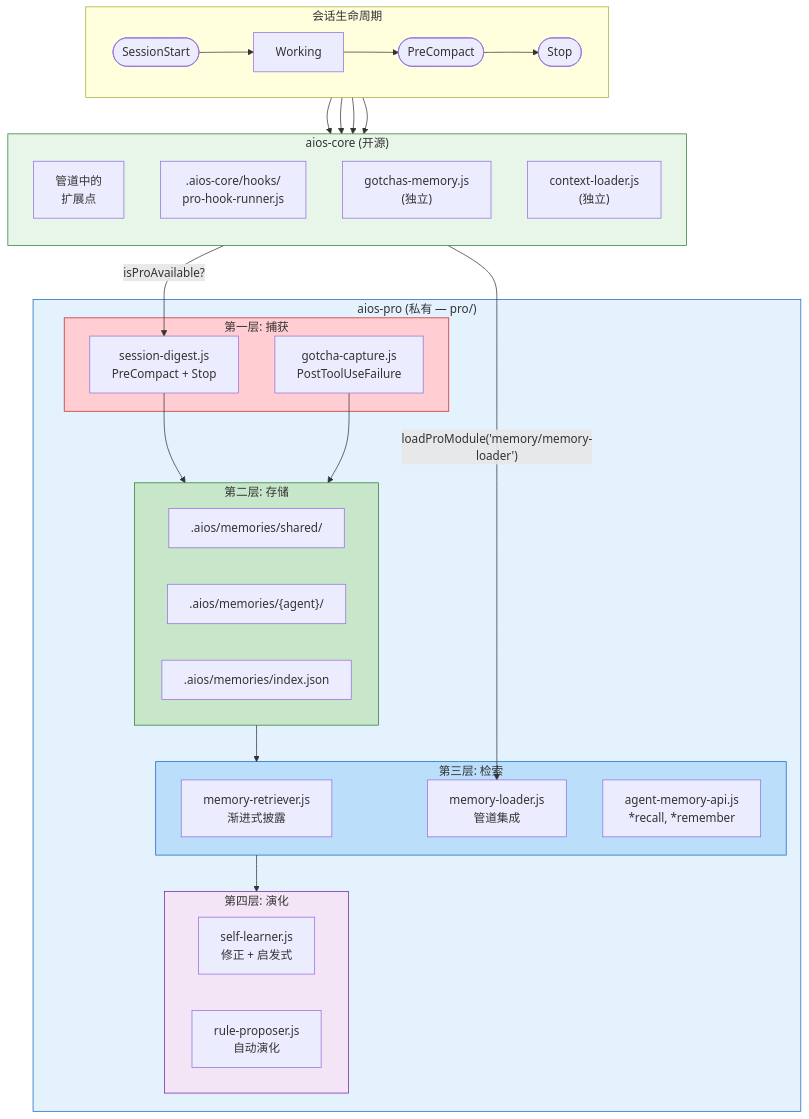
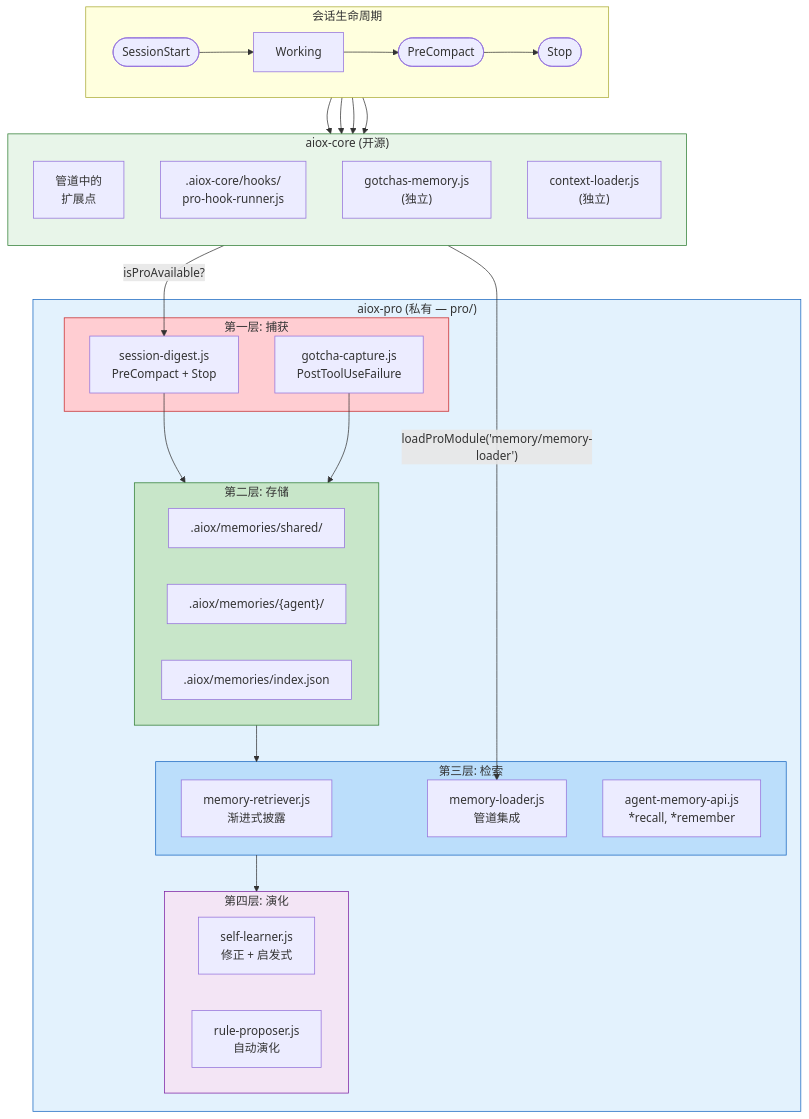
Before and after one commit to brunajunckes/aiox-core: the second of 11 diagrams in docs/zh/guides/MEMORY-INTELLIGENCE-SYSTEM.md, drawn with Mermaid. The commit also changed other lines of this file and 3396 other files, not shown here.

First line of the commit message:
chore: rebrand aios → aiox across entire codebase (#552)

````diff
--- a/docs/zh/guides/MEMORY-INTELLIGENCE-SYSTEM.md
+++ b/docs/zh/guides/MEMORY-INTELLIGENCE-SYSTEM.md
@@ -298,59 +298,59 @@
 ```mermaid
 flowchart TB
     subgraph SESSION["会话生命周期"]
         direction LR
         SS([SessionStart]) --> WORK[Working] --> PC([PreCompact]) --> STOP([Stop])
     end
 
-    subgraph CORE_BOUNDARY["aios-core (开源)"]
+    subgraph CORE_BOUNDARY["aiox-core (开源)"]
         direction TB
         EXT["管道中的<br/>扩展点"]
-        HOOK_RUNNER[".aios-core/hooks/<br/>pro-hook-runner.js"]
+        HOOK_RUNNER[".aiox-core/hooks/<br/>pro-hook-runner.js"]
         GOTCHAS["gotchas-memory.js<br/>(独立)"]
         CTX_LOADER["context-loader.js<br/>(独立)"]
     end
 
-    subgraph PRO_BOUNDARY["aios-pro (私有 — pro/)"]
+    subgraph PRO_BOUNDARY["aiox-pro (私有 — pro/)"]
         subgraph CAPTURE["第一层: 捕获"]
             C1["session-digest.js<br/>PreCompact + Stop"]
             C2["gotcha-capture.js<br/>PostToolUseFailure"]
         end
 
         subgraph STORAGE["第二层: 存储"]
-            ST1[".aios/memories/shared/"]
-            ST2[".aios/memories/{agent}/"]
-            ST3[".aios/memories/index.json"]
+            ST1[".aiox/memories/shared/"]
+            ST2[".aiox/memories/{agent}/"]
+            ST3[".aiox/memories/index.json"]
         end
 
         subgraph RETRIEVAL["第三层: 检索"]
             R1["memory-retriever.js<br/>渐进式披露"]
             R2["memory-loader.js<br/>管道集成"]
             R3["agent-memory-api.js<br/>*recall, *remember"]
         end
 
         subgraph EVOLUTION["第四层: 演化"]
             E1["self-learner.js<br/>修正 + 启发式"]
             E2["rule-proposer.js<br/>自动演化"]
         end
     end
 
     PC --> HOOK_RUNNER
     STOP --> HOOK_RUNNER
     HOOK_RUNNER -->|"isProAvailable?"| C1
     WORK --> GOTCHAS
 
     C1 --> STORAGE
     C2 --> STORAGE
     STORAGE --> RETRIEVAL
     RETRIEVAL --> EVOLUTION
 
     SS --> EXT
     EXT -->|"loadProModule('memory/memory-loader')"| R2
 
     style CORE_BOUNDARY fill:#E8F5E9,stroke:#2E7D32
     style PRO_BOUNDARY fill:#E3F2FD,stroke:#1565C0
     style CAPTURE fill:#FFCDD2,stroke:#C62828
     style STORAGE fill:#C8E6C9,stroke:#2E7D32
     style RETRIEVAL fill:#BBDEFB,stroke:#1565C0
     style EVOLUTION fill:#F3E5F5,stroke:#7B1FA2
 ```
````
